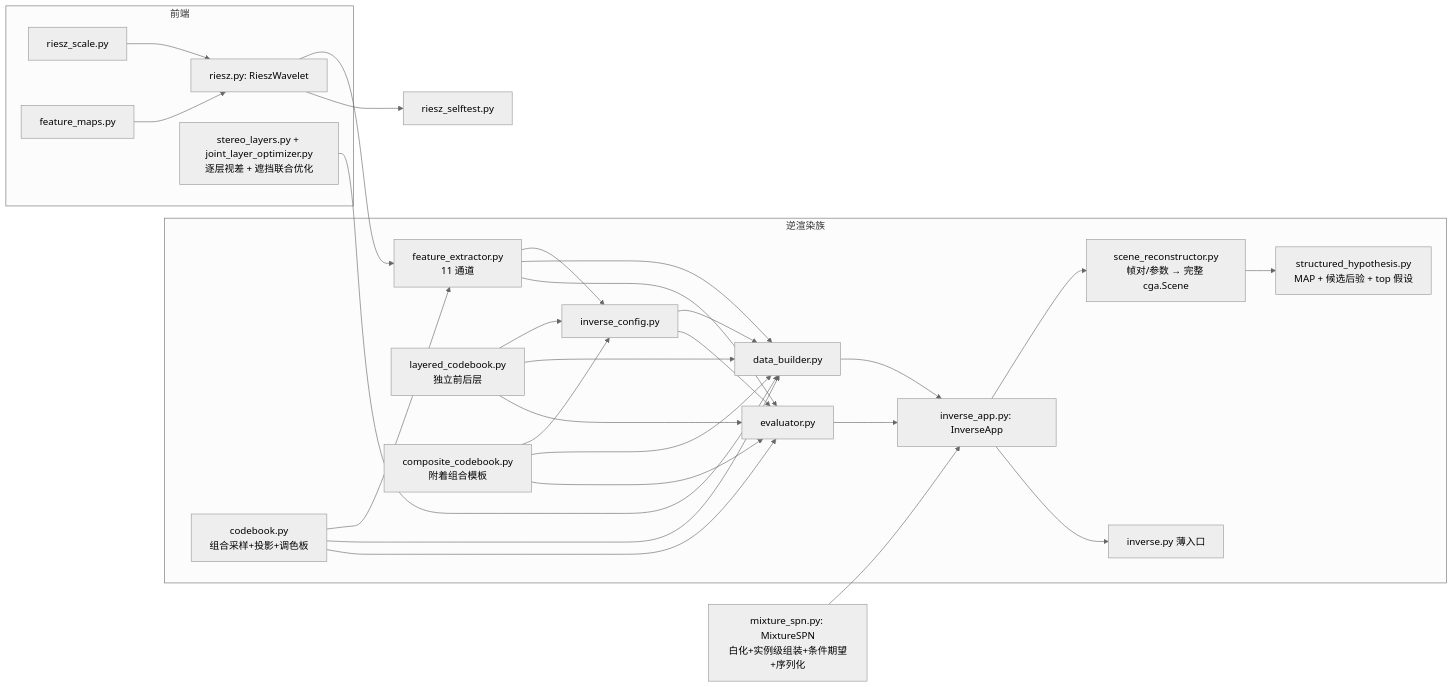
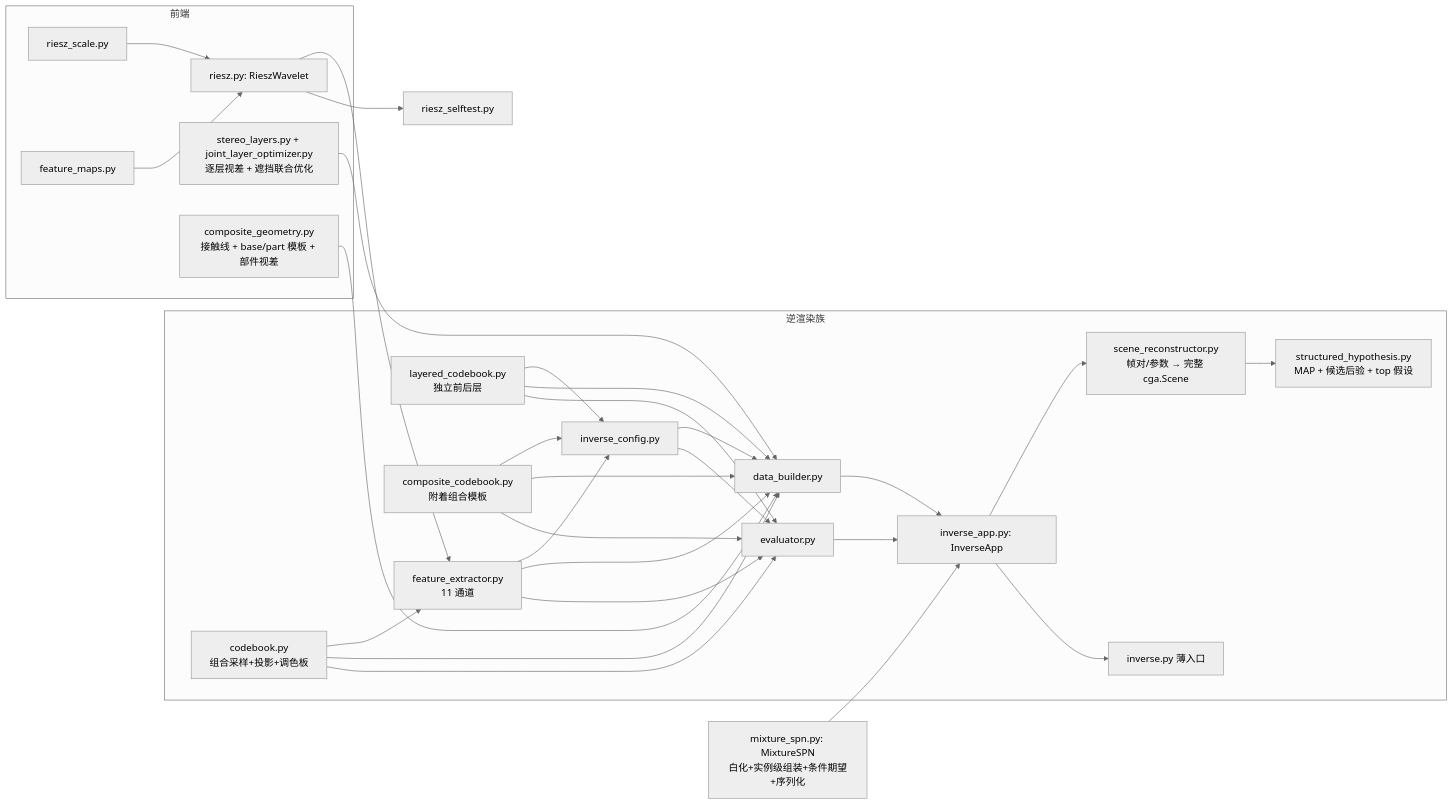
Before and after one commit to aki-xavier/conger: the fourth of 5 diagrams in docs/architecture.md, drawn with Mermaid (neutral theme). The commit also changed other lines of this file and 13 other files, not shown here.

````diff
--- a/docs/architecture.md
+++ b/docs/architecture.md
@@ -161,20 +166,21 @@
 ```mermaid
 flowchart LR
     subgraph CORE["逆渲染族"]
         CBK["codebook.py<br/>组合采样+投影+调色板"] --> FEX["feature_extractor.py<br/>11 通道"] --> DCFG["inverse_config.py"]
         LCB["layered_codebook.py<br/>独立前后层"] --> DCFG
         CCB["composite_codebook.py<br/>附着组合模板"] --> DCFG
         CBK & FEX & DCFG & LCB & CCB --> DB["data_builder.py"] & EV["evaluator.py"]
         DB & EV --> APP["inverse_app.py: InverseApp"]
         APP --> REC["scene_reconstructor.py<br/>帧对/参数 → 完整 cga.Scene"]
         REC --> EST["structured_hypothesis.py<br/>MAP + 候选后验 + top 假设"]
         APP --> ENTRY["inverse.py 薄入口"]
     end
     subgraph FRONT["前端"]
         RS["riesz_scale.py"] & FM["feature_maps.py"] --> RW["riesz.py: RieszWavelet"]
         RW --> FEX
         SL["stereo_layers.py + joint_layer_optimizer.py<br/>逐层视差 + 遮挡联合优化"] --> DB
+        CG["composite_geometry.py<br/>接触线 + base/part 模板 + 部件视差"] --> DB
     end
     MSP["mixture_spn.py: MixtureSPN<br/>白化+实例级组装+条件期望+序列化"] --> APP
     RW --> ST["riesz_selftest.py"]
 ```
````
